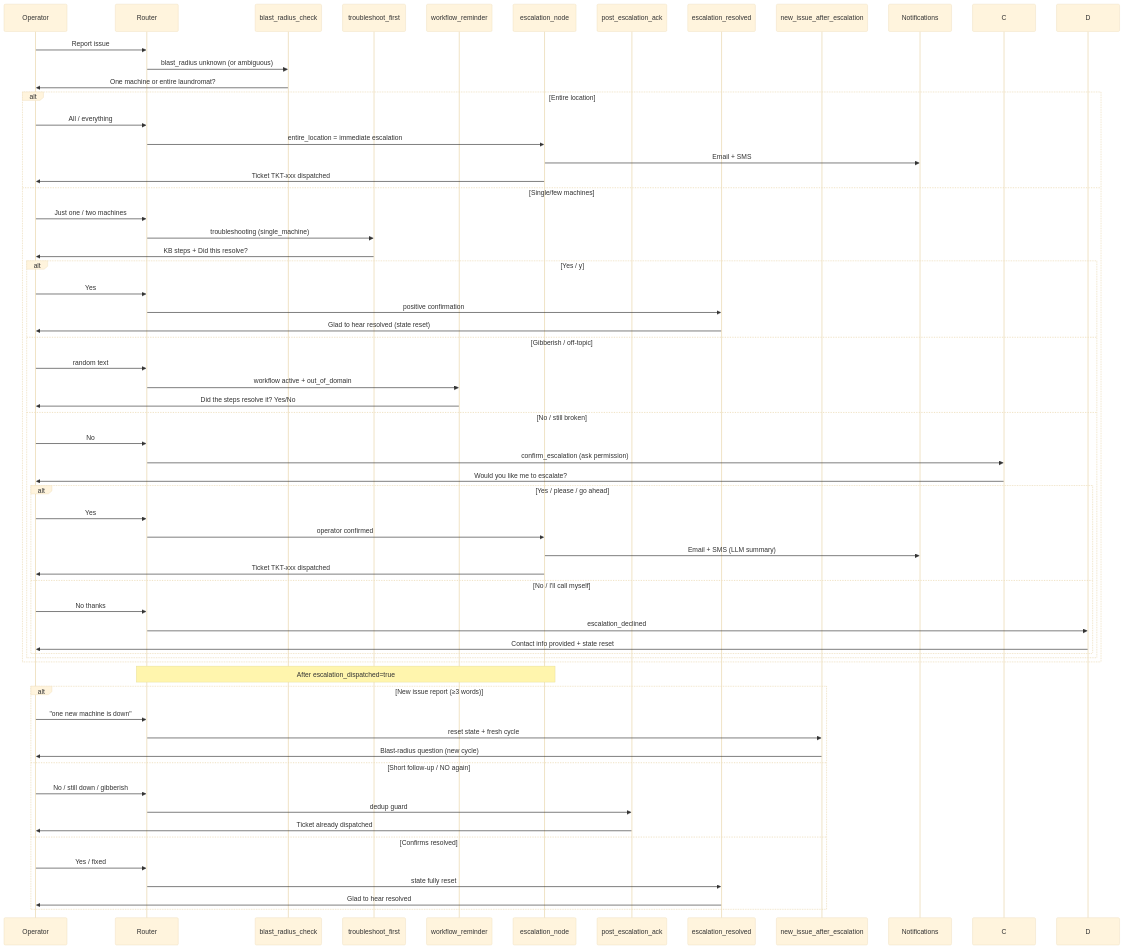
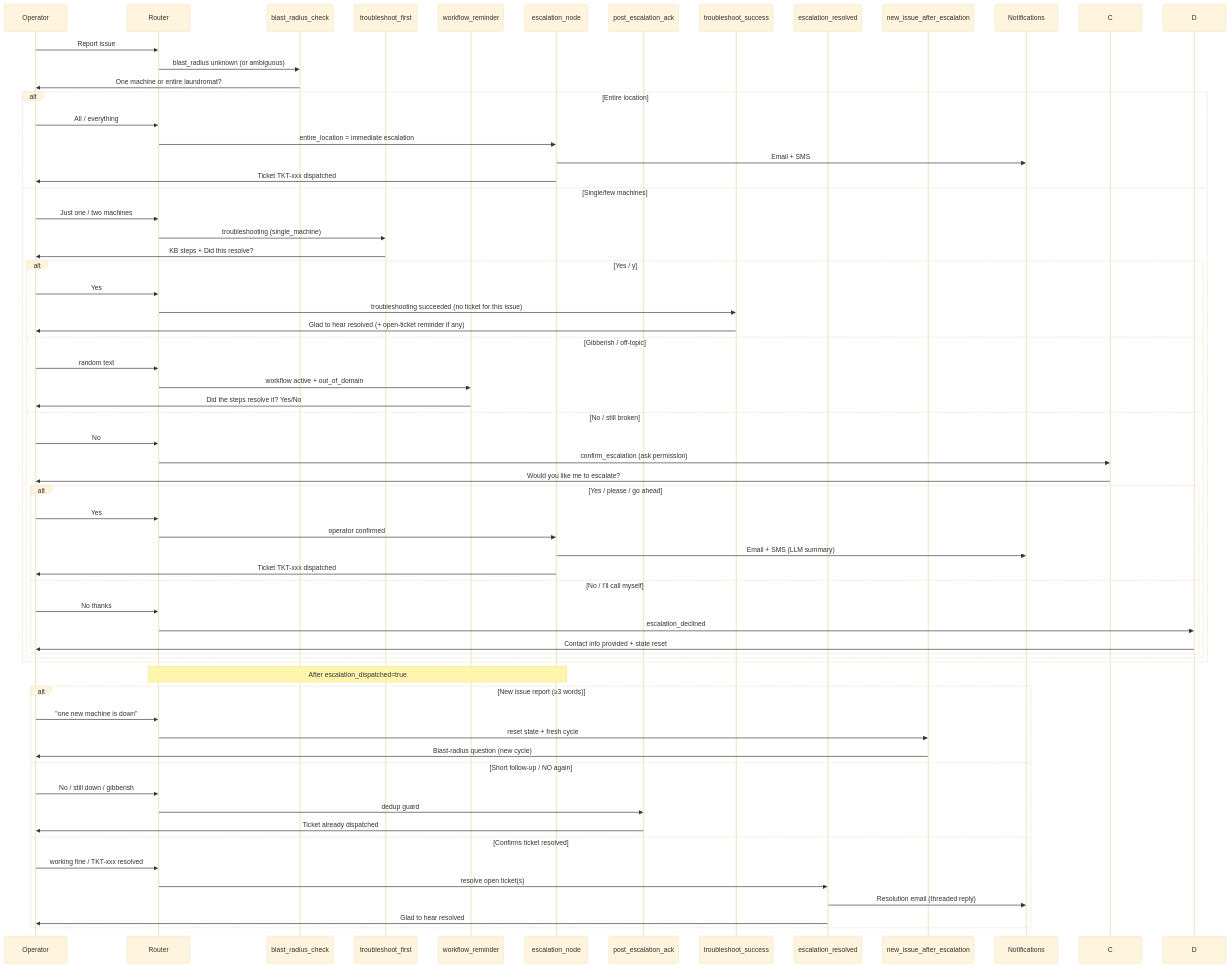
Before and after one commit to anupks5942/operator-AI: the diagram in docs/ESCALATION_WORKFLOW.md, drawn with Mermaid (base theme). The commit also changed other lines of this file and 29 other files, not shown here.

````diff
--- a/docs/ESCALATION_WORKFLOW.md
+++ b/docs/ESCALATION_WORKFLOW.md
@@ -11,64 +11,66 @@
 ```mermaid
 sequenceDiagram
   participant Op as Operator
   participant R as Router
   participant B as blast_radius_check
   participant T as troubleshoot_first
   participant W as workflow_reminder
   participant E as escalation_node
   participant P as post_escalation_ack
+  participant TS as troubleshoot_success
   participant Res as escalation_resolved
   participant New as new_issue_after_escalation
   participant N as Notifications
 
   Op->>R: Report issue
   R->>B: blast_radius unknown (or ambiguous)
   B->>Op: One machine or entire laundromat?
   alt Entire location
     Op->>R: All / everything
     R->>E: entire_location = immediate escalation
     E->>N: Email + SMS
     E->>Op: Ticket TKT-xxx dispatched
   else Single/few machines
     Op->>R: Just one / two machines
     R->>T: troubleshooting (single_machine)
     T->>Op: KB steps + Did this resolve?
     alt Yes / y
       Op->>R: Yes
-      R->>Res: positive confirmation
-      Res->>Op: Glad to hear resolved (state reset)
+      R->>TS: troubleshooting succeeded (no ticket for this issue)
+      TS->>Op: Glad to hear resolved (+ open-ticket reminder if any)
     else Gibberish / off-topic
       Op->>R: random text
       R->>W: workflow active + out_of_domain
       W->>Op: Did the steps resolve it? Yes/No
     else No / still broken
       Op->>R: No
       R->>C: confirm_escalation (ask permission)
       C->>Op: Would you like me to escalate?
       alt Yes / please / go ahead
         Op->>R: Yes
         R->>E: operator confirmed
         E->>N: Email + SMS (LLM summary)
         E->>Op: Ticket TKT-xxx dispatched
       else No / I'll call myself
         Op->>R: No thanks
         R->>D: escalation_declined
         D->>Op: Contact info provided + state reset
       end
     end
   end
   Note over R,E: After escalation_dispatched=true
   alt New issue report (≥3 words)
     Op->>R: "one new machine is down"
     R->>New: reset state + fresh cycle
     New->>Op: Blast-radius question (new cycle)
   else Short follow-up / NO again
     Op->>R: No / still down / gibberish
     R->>P: dedup guard
     P->>Op: Ticket already dispatched
-  else Confirms resolved
-    Op->>R: Yes / fixed
-    R->>Res: state fully reset
+  else Confirms ticket resolved
+    Op->>R: working fine / TKT-xxx resolved
+    R->>Res: resolve open ticket(s)
+    Res->>N: Resolution email (threaded reply)
     Res->>Op: Glad to hear resolved
   end
 ```
````
